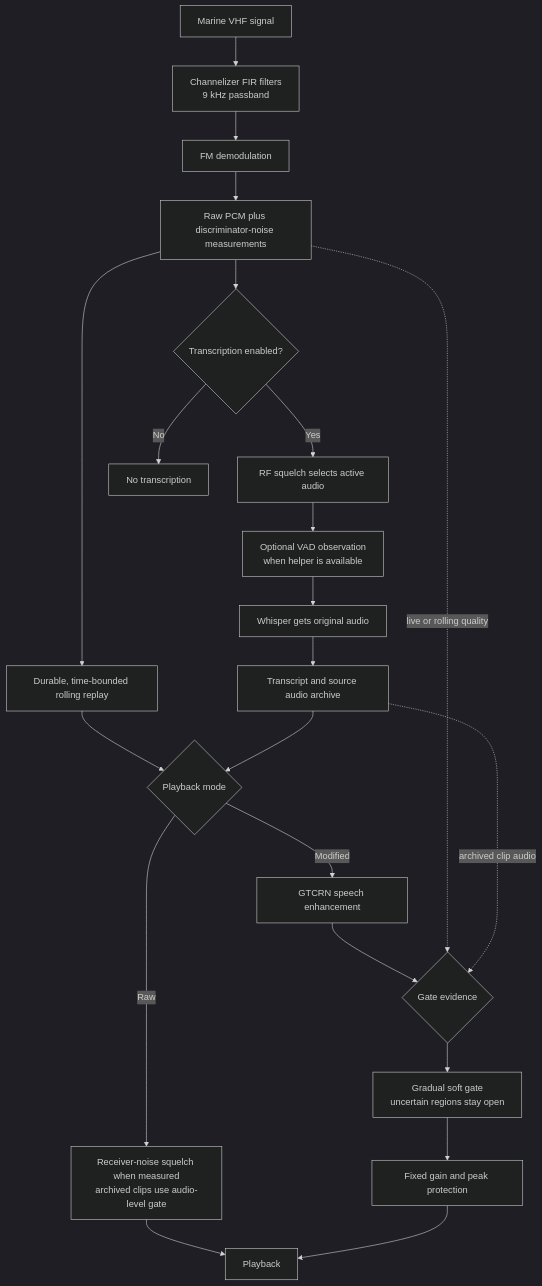
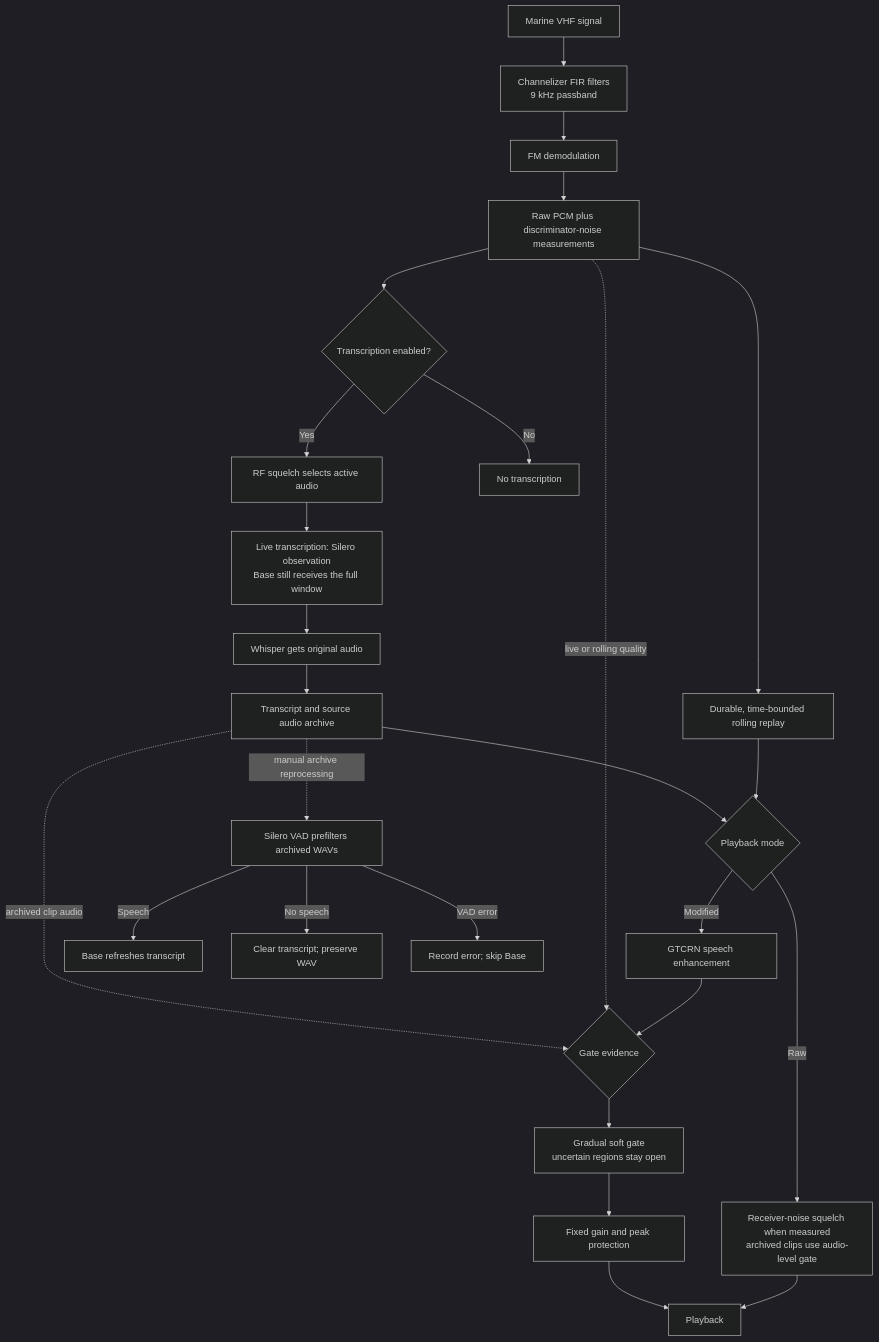
One commit to zph/signalk-vhf-watch changed the diagram in README.md. Above: the diagram before and after it, drawn with Mermaid (dark theme). The commit also changed other lines of this file, not shown here.

Commit message:
docs: distinguish VHF live and archive VAD

````diff
--- a/README.md
+++ b/README.md
@@ -177,24 +177,28 @@
 ```mermaid
 flowchart TD
     A[Marine VHF signal] --> B[Channelizer FIR filters<br/>9 kHz passband]
     B --> C[FM demodulation]
     C --> D[Raw PCM plus discriminator-noise measurements]
     D --> E[Durable, time-bounded rolling replay]
     E --> F{Playback mode}
     F -->|Raw| G[Receiver-noise squelch when measured<br/>archived clips use audio-level gate]
     G --> H[Playback]
     F -->|Modified| I[GTCRN speech enhancement]
     I --> J{Gate evidence}
     D -. live or rolling quality .-> J
     Q -. archived clip audio .-> J
     J --> K[Gradual soft gate<br/>uncertain regions stay open]
     K --> L[Fixed gain and peak protection]
     L --> H
     D --> M{Transcription enabled?}
     M -->|Yes| N[RF squelch selects active audio]
-    N --> O[Optional VAD observation<br/>when helper is available]
+    N --> O[Live transcription: Silero observation<br/>Base still receives the full window]
     O --> P[Whisper gets original audio]
     P --> Q[Transcript and source audio archive]
     Q --> F
+    Q -. manual archive reprocessing .-> S[Silero VAD prefilters archived WAVs]
+    S -->|Speech| T[Base refreshes transcript]
+    S -->|No speech| U[Clear transcript; preserve WAV]
+    S -->|VAD error| V[Record error; skip Base]
     M -->|No| R[No transcription]
 ```
````
